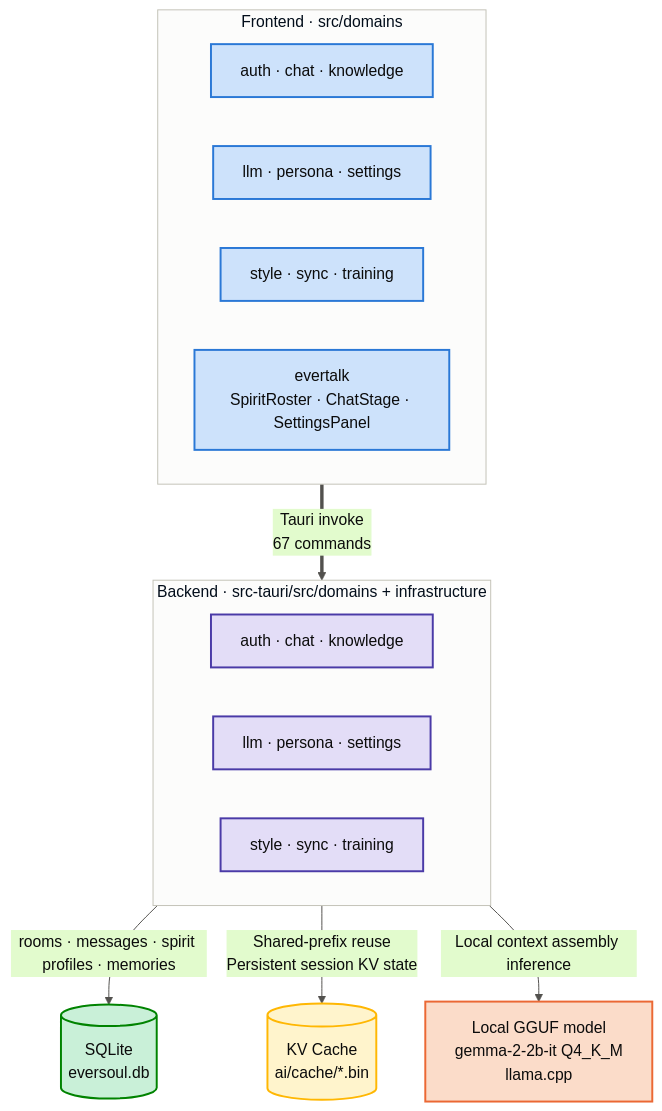
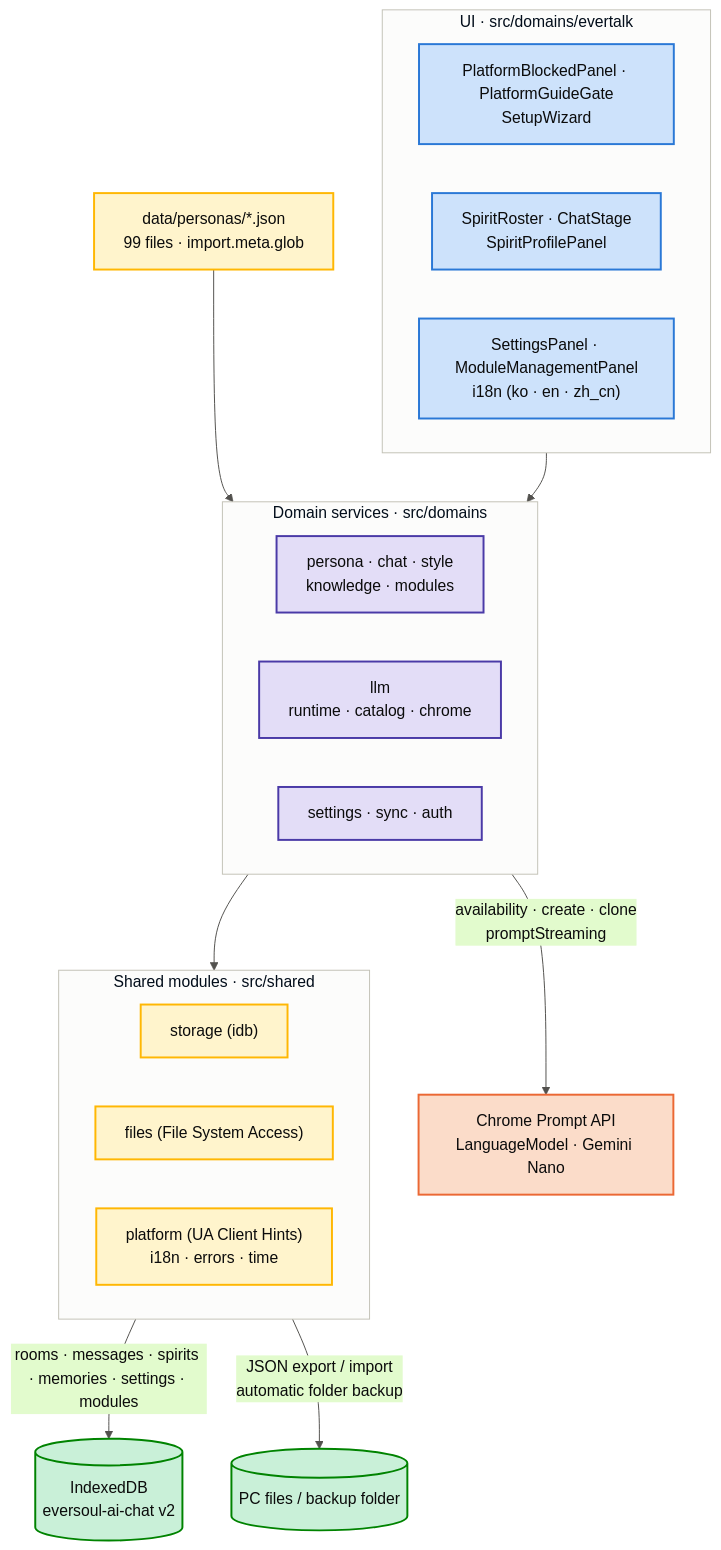
The diagram in README.en.md (GarnetRapture/evai), drawn with Mermaid before and after one commit. The commit also changed other lines of this file and 36 other files, not shown here.

````diff
--- a/README.en.md
+++ b/README.en.md
@@ -222,36 +235,43 @@
 ```mermaid
 %%{init: {'theme': 'base', 'themeVariables': {'primaryColor': '#cde2fb', 'primaryBorderColor': '#2a78d6', 'primaryTextColor': '#0b0b0b', 'lineColor': '#52514e', 'clusterBkg': '#fcfcfb', 'clusterBorder': '#c3c2b7', 'fontFamily': 'system-ui, -apple-system, Segoe UI, sans-serif'}}}%%
 flowchart TB
-    subgraph FE["Frontend · src/domains"]
+    subgraph UI["UI · src/domains/evertalk"]
         direction LR
-        FE1["auth · chat · knowledge"]
-        FE2["llm · persona · settings"]
-        FE3["style · sync · training"]
-        FE4["evertalk<br/>SpiritRoster · ChatStage · SettingsPanel"]
+        UI1["PlatformBlockedPanel · PlatformGuideGate<br/>SetupWizard"]
+        UI2["SpiritRoster · ChatStage<br/>SpiritProfilePanel"]
+        UI3["SettingsPanel · ModuleManagementPanel<br/>i18n (ko · en · zh_cn)"]
     end
 
-    FE == "Tauri invoke<br/>67 commands" ==> BE
-
-    subgraph BE["Backend · src-tauri/src/domains + infrastructure"]
+    subgraph DOMAIN["Domain services · src/domains"]
         direction LR
-        BE1["auth · chat · knowledge"]
-        BE2["llm · persona · settings"]
-        BE3["style · sync · training"]
+        D1["persona · chat · style<br/>knowledge · modules"]
+        D2["llm<br/>runtime · catalog · chrome"]
+        D3["settings · sync · auth"]
     end
 
-    BE -- "rooms · messages · spirit profiles · memories" --> DB[("SQLite<br/>eversoul.db")]
-    BE -- "Shared-prefix reuse<br/>Persistent session KV state" --> CACHE[("KV Cache<br/>ai/cache/*.bin")]
-    BE -- "Local context assembly inference" --> LLM["Local GGUF model<br/>gemma-2-2b-it Q4_K_M<br/>llama.cpp"]
+    subgraph SHARED["Shared modules · src/shared"]
+        direction LR
+        S1["storage (idb)"]
+        S2["files (File System Access)"]
+        S3["platform (UA Client Hints)<br/>i18n · errors · time"]
+    end
 
-    classDef feStyle fill:#cde2fb,stroke:#2a78d6,stroke-width:2px,color:#0b0b0b
-    classDef beStyle fill:#e3ddf7,stroke:#4a3aa7,stroke-width:2px,color:#0b0b0b
+    UI --> DOMAIN
+    DOMAIN --> SHARED
+    PACK["data/personas/*.json<br/>99 files · import.meta.glob"] --> D1
+    S1 -- "rooms · messages · spirits · memories · settings · modules" --> DB[("IndexedDB<br/>eversoul-ai-chat v2")]
+    S2 -- "JSON export / import<br/>automatic folder backup" --> PC[("PC files / backup folder")]
+    D2 -- "availability · create · clone<br/>promptStreaming" --> LLM["Chrome Prompt API<br/>LanguageModel · Gemini Nano"]
+
+    classDef uiStyle fill:#cde2fb,stroke:#2a78d6,stroke-width:2px,color:#0b0b0b
+    classDef domainStyle fill:#e3ddf7,stroke:#4a3aa7,stroke-width:2px,color:#0b0b0b
+    classDef sharedStyle fill:#fff4cc,stroke:#ffb703,stroke-width:2px,color:#0b0b0b
     classDef dbStyle fill:#c9f0d8,stroke:#008300,stroke-width:2px,color:#0b0b0b
     classDef llmStyle fill:#fbdcc9,stroke:#eb6834,stroke-width:2px,color:#0b0b0b
-    classDef cacheStyle fill:#fff4cc,stroke:#ffb703,stroke-width:2px,color:#0b0b0b
 
-    class FE1,FE2,FE3,FE4 feStyle
-    class BE1,BE2,BE3 beStyle
-    class DB dbStyle
+    class UI1,UI2,UI3 uiStyle
+    class D1,D2,D3 domainStyle
+    class S1,S2,S3,PACK sharedStyle
+    class DB,PC dbStyle
     class LLM llmStyle
-    class CACHE cacheStyle
 ```
````
